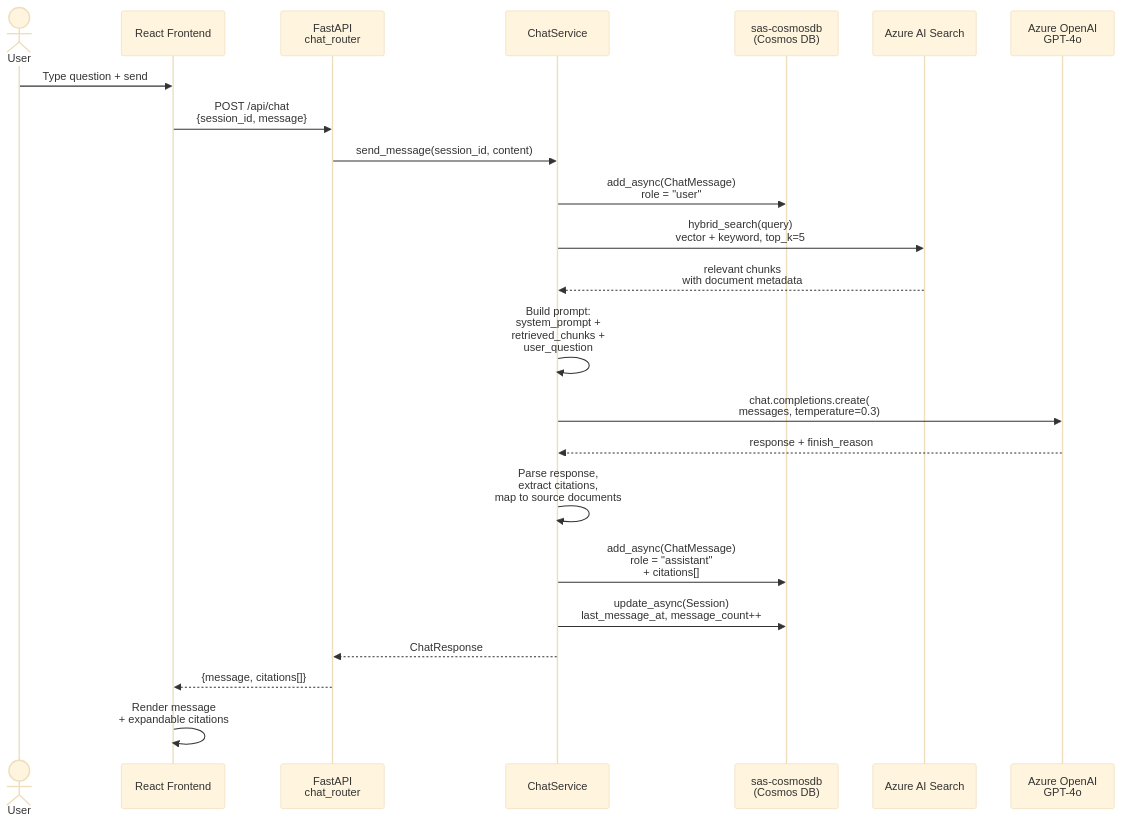
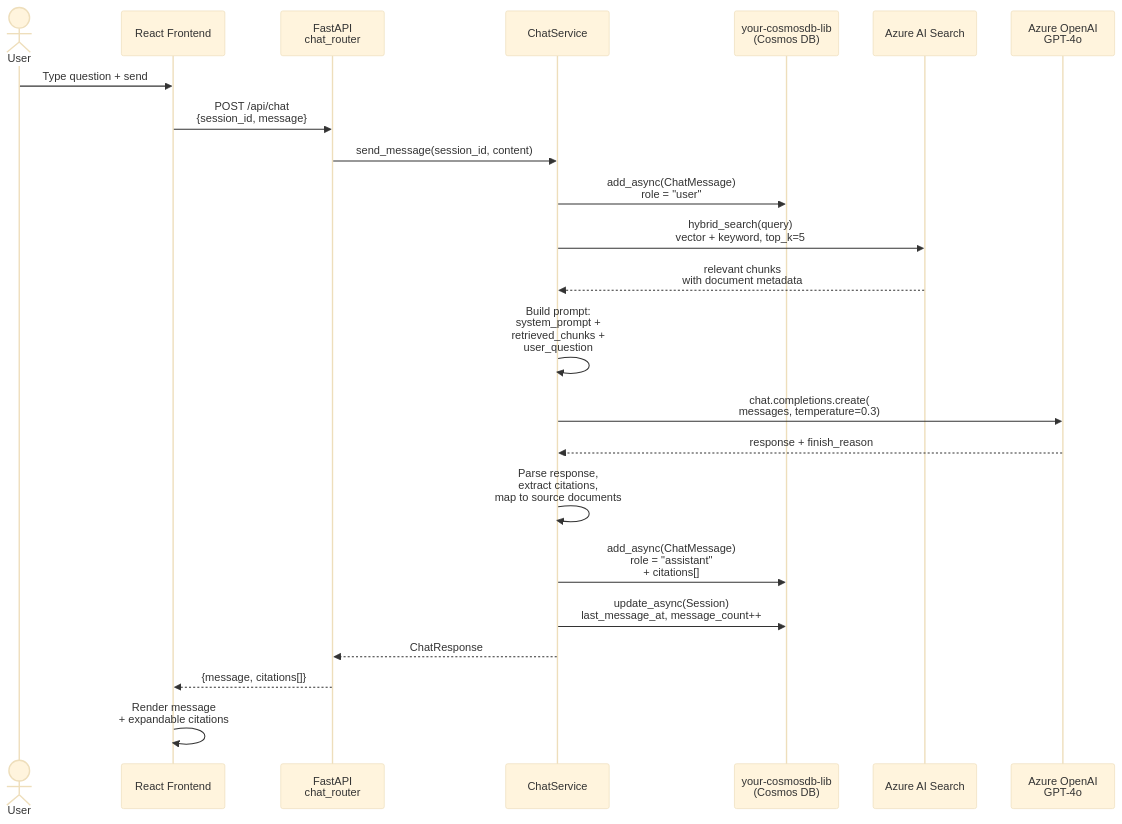
One commit to Dongbumlee/sdlc-harness changed the seventh of 8 diagrams in docs/adr/ADR-001-smartdoc-analyzer-architecture.md. Above: the diagram before and after it, drawn with Mermaid (base theme). The commit also changed other lines of this file and 63 other files, not shown here.

````diff
--- a/docs/adr/ADR-001-smartdoc-analyzer-architecture.md
+++ b/docs/adr/ADR-001-smartdoc-analyzer-architecture.md
@@ -484,35 +484,35 @@
 ```mermaid
 sequenceDiagram
     actor User
     participant Frontend as React Frontend
     participant API as FastAPI<br/>chat_router
     participant ChatSvc as ChatService
-    participant DB as sas-cosmosdb<br/>(Cosmos DB)
+    participant DB as your-cosmosdb-lib<br/>(Cosmos DB)
     participant Search as Azure AI Search
     participant LLM as Azure OpenAI<br/>GPT-4o
 
     User->>Frontend: Type question + send
     Frontend->>API: POST /api/chat<br/>{session_id, message}
     API->>ChatSvc: send_message(session_id, content)
 
     ChatSvc->>DB: add_async(ChatMessage)<br/>role = "user"
 
     ChatSvc->>Search: hybrid_search(query)<br/>vector + keyword, top_k=5
     Search-->>ChatSvc: relevant chunks<br/>with document metadata
 
     ChatSvc->>ChatSvc: Build prompt:<br/>system_prompt +<br/>retrieved_chunks +<br/>user_question
 
     ChatSvc->>LLM: chat.completions.create(<br/>messages, temperature=0.3)
     LLM-->>ChatSvc: response + finish_reason
 
     ChatSvc->>ChatSvc: Parse response,<br/>extract citations,<br/>map to source documents
 
     ChatSvc->>DB: add_async(ChatMessage)<br/>role = "assistant"<br/>+ citations[]
 
     ChatSvc->>DB: update_async(Session)<br/>last_message_at, message_count++
 
     ChatSvc-->>API: ChatResponse
     API-->>Frontend: {message, citations[]}
 
     Frontend->>Frontend: Render message<br/>+ expandable citations
 ```
````
